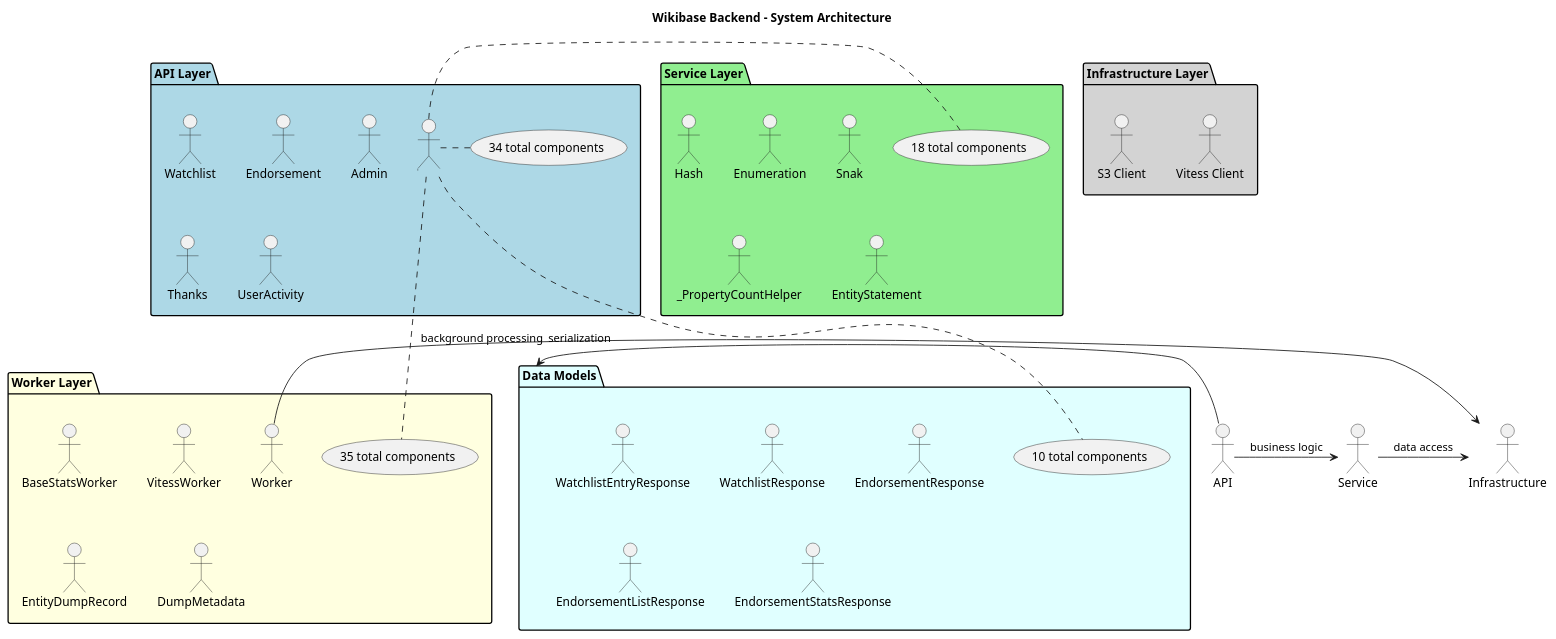
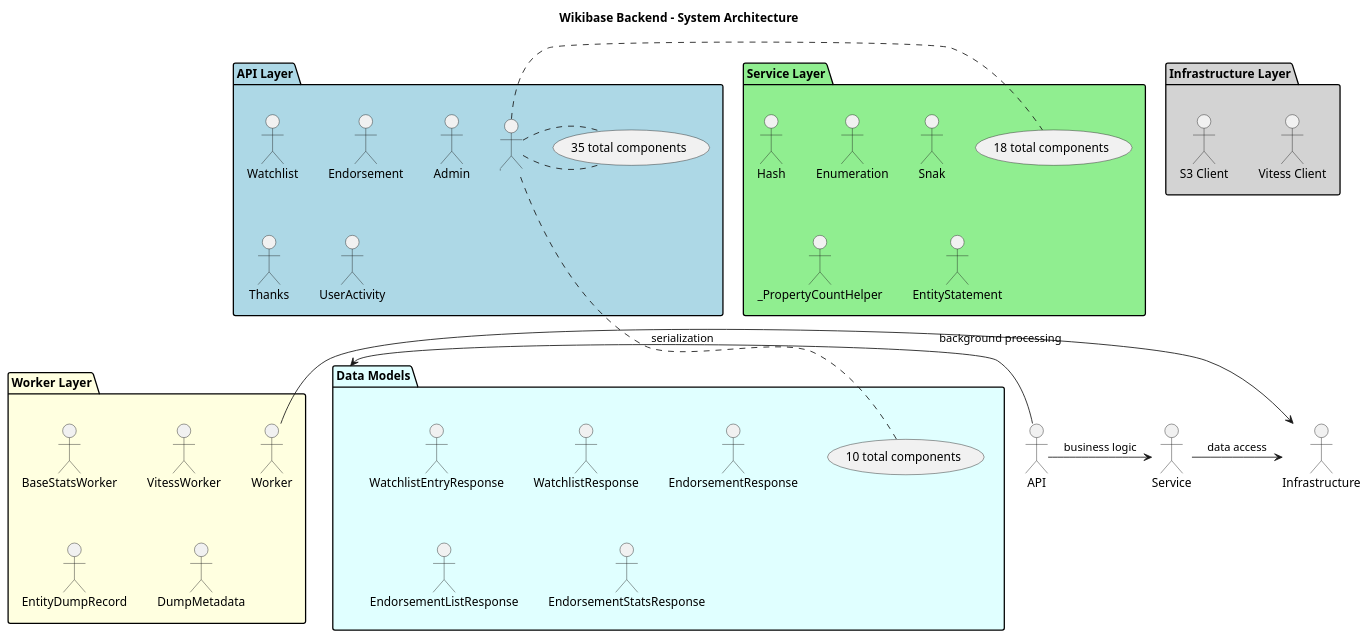
The diagram in docs/DIAGRAMS/system_architecture.puml (dpriskorn/entitybase-backend), drawn with PlantUML before and after one commit. The commit also changed 11 other files, not shown here.

```diff
--- a/docs/DIAGRAMS/system_architecture.puml
+++ b/docs/DIAGRAMS/system_architecture.puml
@@ -1,53 +1,53 @@
 @startuml System Architecture
 
 title Wikibase Backend - System Architecture
 
 package "API Layer" as APILayer #LightBlue {
     "Watchlist" as WatchlistHandler
     "Endorsement" as EndorsementHandler
     "Admin" as AdminHandler
     "Thanks" as ThanksHandler
     "UserActivity" as UserActivityHandler
-    ... (34 total components)
+    ... (35 total components)
 }
 
 package "Service Layer" as ServiceLayer #LightGreen {
     "Hash" as HashService
     "Enumeration" as EnumerationService
     "Snak" as SnakHandler
     "_PropertyCountHelper" as _PropertyCountHelper
     "EntityStatement" as EntityStatementService
     ... (18 total components)
 }
 
 package "Worker Layer" as WorkerLayer #LightYellow {
     "BaseStatsWorker" as BaseStatsWorker
     "VitessWorker" as VitessWorker
     "Worker" as Worker
     "EntityDumpRecord" as EntityDumpRecord
     "DumpMetadata" as DumpMetadata
     ... (35 total components)
 }
 
 package "Infrastructure Layer" as InfrastructureLayer #LightGray {
     "Vitess Client" as Vitess_Client
     "S3 Client" as S3_Client
 }
 
 package "Data Models" as DataModels #LightCyan {
     "WatchlistEntryResponse" as WatchlistEntryResponse
     "WatchlistResponse" as WatchlistResponse
     "EndorsementResponse" as EndorsementResponse
     "EndorsementListResponse" as EndorsementListResponse
     "EndorsementStatsResponse" as EndorsementStatsResponse
     ... (10 total components)
 }
 
 
 ' Relationships
 API -> Service : business logic
 Service -> Infrastructure : data access
 Worker -> Infrastructure : background processing
 API -> DataModels : serialization
 
 @enduml
```
